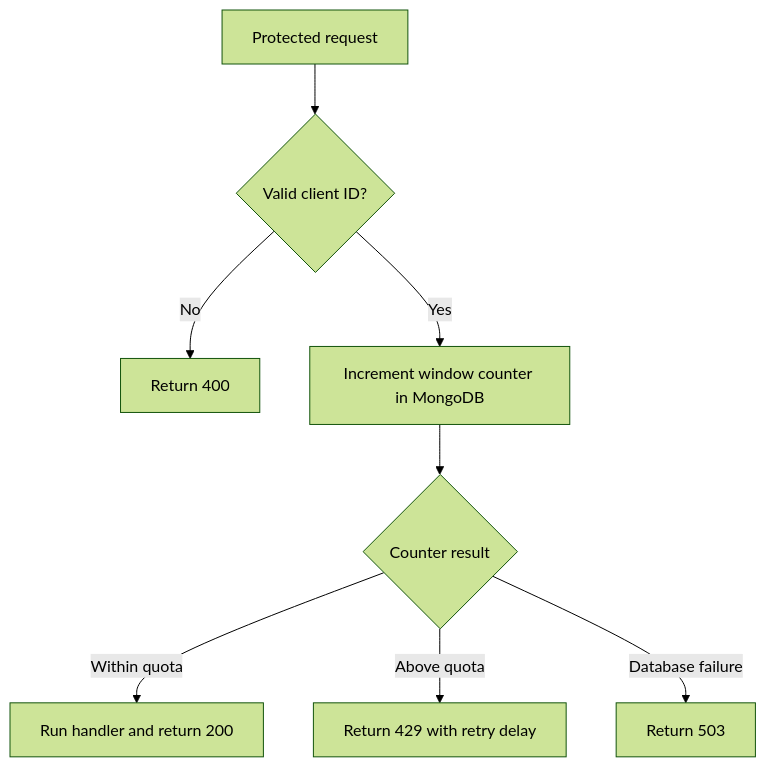
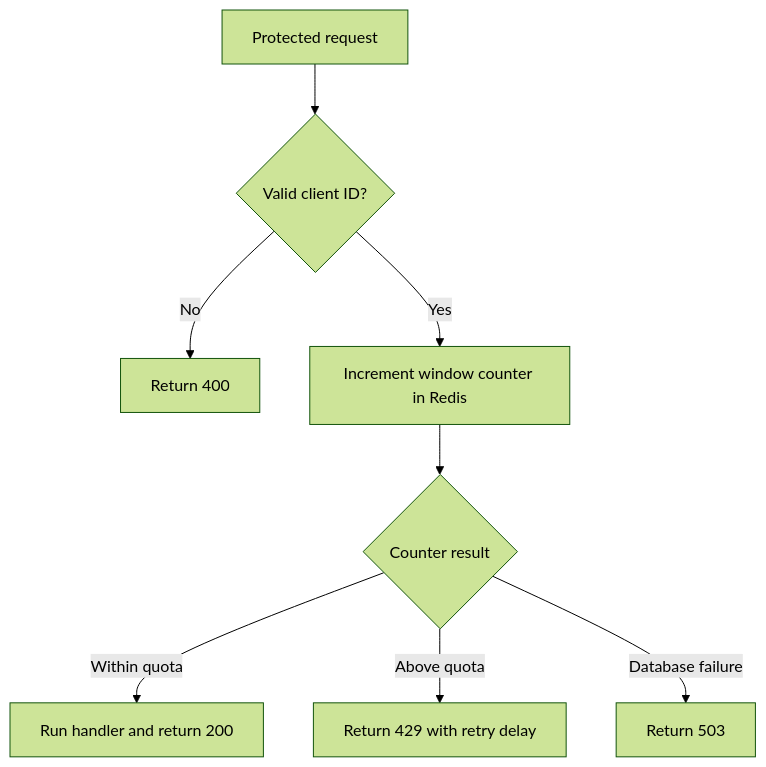
The diagram in docs/architecture.md (akashadak147/Redis-Rate-Limiter), drawn with Mermaid (forest theme) before and after one commit. The commit also changed other lines of this file and 11 other files, not shown here.

Commit message:
Migrate fixed-window rate limiter to Redis

````diff
--- a/docs/architecture.md
+++ b/docs/architecture.md
@@ -7,10 +7,10 @@
 ```mermaid
 flowchart TD
     A["Protected request"] --> B{"Valid client ID?"}
     B -->|No| H["Return 400"]
-    B -->|Yes| C["Increment window counter in MongoDB"]
+    B -->|Yes| C["Increment window counter in Redis"]
     C --> D{"Counter result"}
     D -->|Within quota| E["Run handler and return 200"]
     D -->|Above quota| F["Return 429 with retry delay"]
     D -->|Database failure| G["Return 503"]
 ```
````
